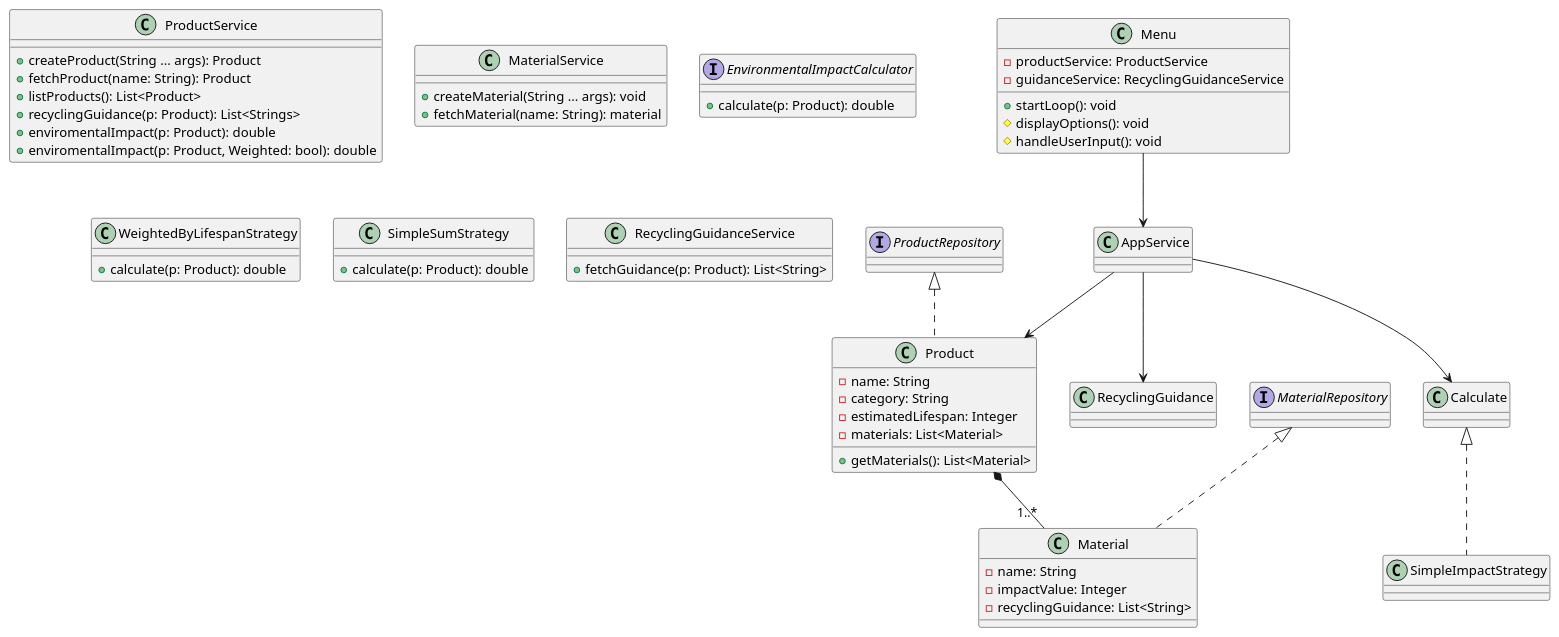
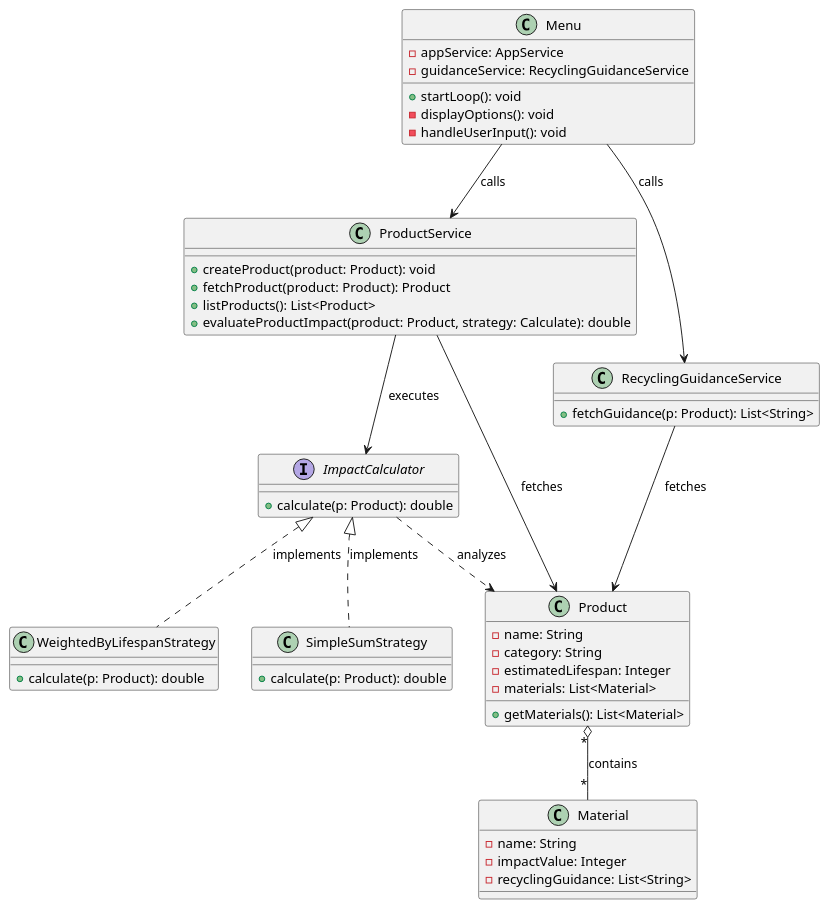
One commit to flavio-colangelo/ood-project changed the diagram in dev-requirements.md. Above: the diagram before and after it, drawn with PlantUML.

Commit message:
Update UML to align with group Week 3/4 design (ImpactCalculator and relationships)

````diff
--- a/dev-requirements.md
+++ b/dev-requirements.md
@@ -94,65 +94,65 @@
 ```puml
 @startuml
+
 class Menu {
-  - productService: ProductService
+  - appService: AppService
   - guidanceService: RecyclingGuidanceService
   + startLoop(): void
-  # displayOptions(): void
-  # handleUserInput(): void
+  - displayOptions(): void
+  - handleUserInput(): void
 }
 
 class ProductService {
-  + createProduct(String ... args): Product
-  + fetchProduct(name: String): Product
+  + createProduct(product: Product): void
+  + fetchProduct(product: Product): Product
   + listProducts(): List<Product>
-  + recyclingGuidance(p: Product): List<Strings>
-  + enviromentalImpact(p: Product): double
-  + enviromentalImpact(p: Product, Weighted: bool): double
+  + evaluateProductImpact(product: Product, strategy: Calculate): double
 }
 
-class MaterialService {
-  + createMaterial(String ... args): void
-  + fetchMaterial(name: String): material
-}
-
-interface EnvironmentalImpactCalculator {
+interface ImpactCalculator {
   + calculate(p: Product): double
 }
 
 class WeightedByLifespanStrategy {
   + calculate(p: Product): double
 }
 
 class SimpleSumStrategy {
   + calculate(p: Product): double
 }
 
-class Product implements ProductRepository{
+class Product {
   - name: String
   - category: String
   - estimatedLifespan: Integer
   - materials: List<Material>
   + getMaterials(): List<Material>
 }
 
-class Material implements MaterialRepository{
+class Material {
   - name: String
   - impactValue: Integer
   - recyclingGuidance: List<String>
 }
 
 class RecyclingGuidanceService {
   + fetchGuidance(p: Product): List<String>
 }
 
-Menu --> AppService
-AppService --> Product
-AppService --> RecyclingGuidance
-AppService --> Calculate
 
-Calculate <|.. SimpleImpactStrategy
+Menu --> ProductService : calls
+Menu --> RecyclingGuidanceService : calls
 
-Product *-- "1..*" Material
+ProductService --> ImpactCalculator : executes
+ProductService --> Product : fetches
+RecyclingGuidanceService --> Product : fetches
+
+ImpactCalculator <|.. WeightedByLifespanStrategy : implements
+ImpactCalculator <|.. SimpleSumStrategy : implements
+
+ImpactCalculator ..> Product : analyzes
+
+Product "*" o-- "*" Material : contains
 
 @enduml diagram
 ```
````
